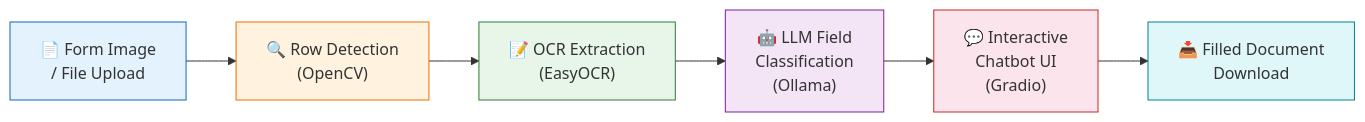
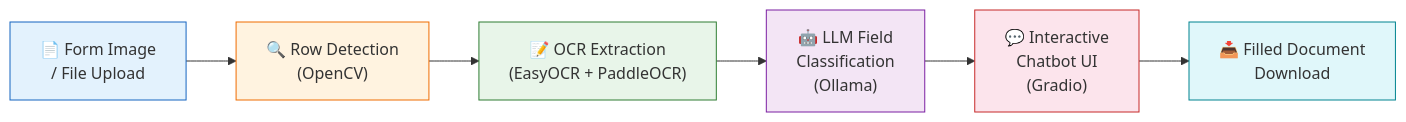
One commit to rriakang/DocumentDetection changed the first of 4 diagrams in README.md. Above: the diagram before and after it, drawn with Mermaid. The commit also changed other lines of this file and 5 other files, not shown here.

First line of the commit message:
feat: hybrid OCR (EasyOCR + PaddleOCR fallback) and evaluation docs

````diff
--- a/README.md
+++ b/README.md
@@ -27,15 +27,15 @@
 ```mermaid
 flowchart LR
     A["📄 Form Image\n/ File Upload"] --> B["🔍 Row Detection\n(OpenCV)"]
-    B --> C["📝 OCR Extraction\n(EasyOCR)"]
+    B --> C["📝 OCR Extraction\n(EasyOCR + PaddleOCR)"]
     C --> D["🤖 LLM Field\nClassification\n(Ollama)"]
     D --> E["💬 Interactive\nChatbot UI\n(Gradio)"]
     E --> F["📥 Filled Document\nDownload"]
 
     style A fill:#e3f2fd,stroke:#1565c0
     style B fill:#fff3e0,stroke:#ef6c00
     style C fill:#e8f5e9,stroke:#2e7d32
     style D fill:#f3e5f5,stroke:#7b1fa2
     style E fill:#fce4ec,stroke:#c62828
     style F fill:#e0f7fa,stroke:#00838f
 ```
````
